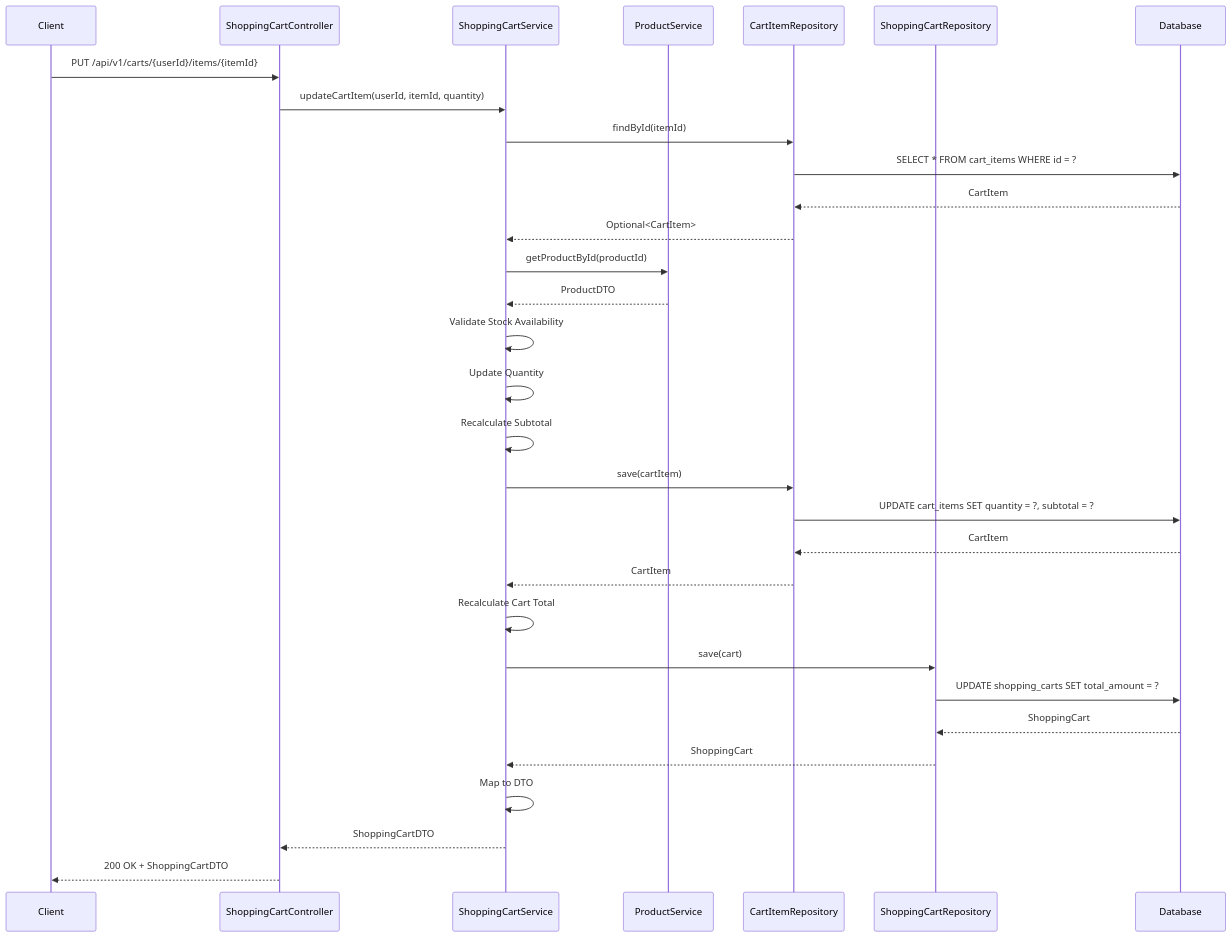
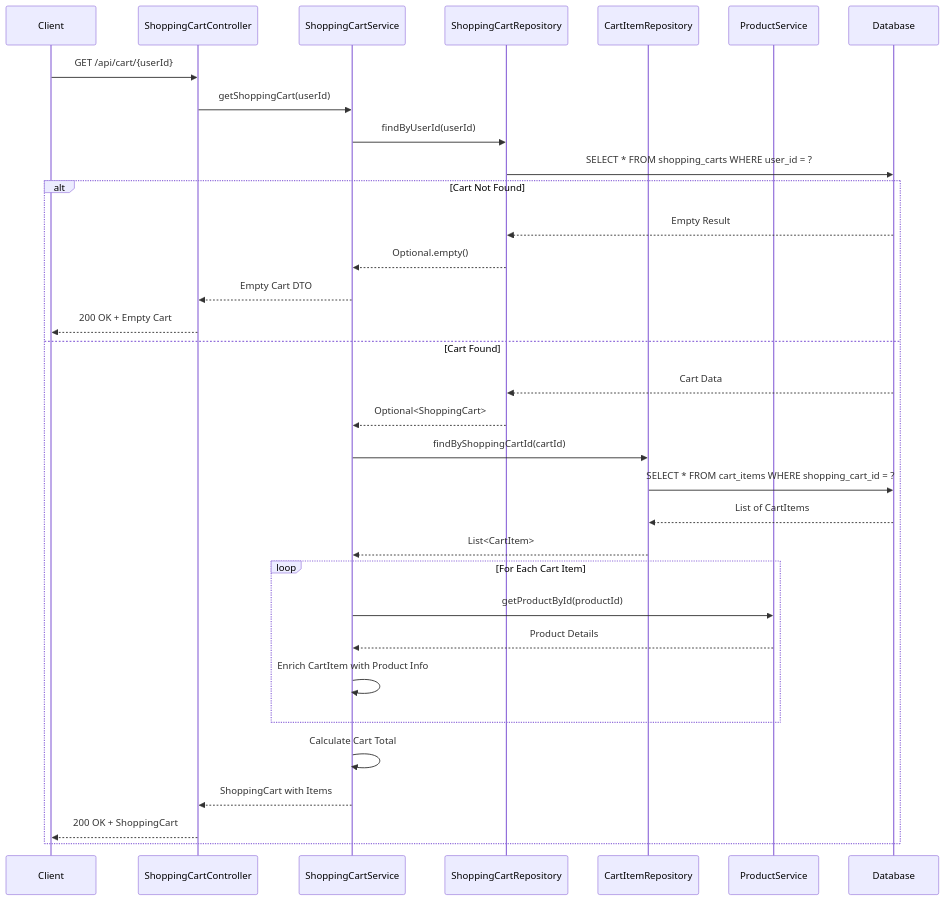
Before and after one commit to NavneetBN47/aava-ecom-demo: diagram 17 of 26 in docs/LLD/modified_lld.md, drawn with Mermaid. The commit also changed other lines of this file, not shown here.

````diff
--- a/docs/LLD/modified_lld.md
+++ b/docs/LLD/modified_lld.md
@@ -1133,34 +1614,40 @@
 ```mermaid
 sequenceDiagram
     participant Client
-    participant Controller as ShoppingCartController
-    participant CartService as ShoppingCartService
-    participant ProductService as ProductService
-    participant ItemRepo as CartItemRepository
-    participant CartRepo as ShoppingCartRepository
-    participant DB as Database
+    participant ShoppingCartController
+    participant ShoppingCartService
+    participant ShoppingCartRepository
+    participant CartItemRepository
+    participant ProductService
+    participant Database
     
-    Client->>Controller: PUT /api/v1/carts/{userId}/items/{itemId}
-    Controller->>CartService: updateCartItem(userId, itemId, quantity)
-    CartService->>ItemRepo: findById(itemId)
-    ItemRepo->>DB: SELECT * FROM cart_items WHERE id = ?
-    DB-->>ItemRepo: CartItem
-    ItemRepo-->>CartService: Optional<CartItem>
-    CartService->>ProductService: getProductById(productId)
-    ProductService-->>CartService: ProductDTO
-    CartService->>CartService: Validate Stock Availability
-    CartService->>CartService: Update Quantity
-    CartService->>CartService: Recalculate Subtotal
-    CartService->>ItemRepo: save(cartItem)
-    ItemRepo->>DB: UPDATE cart_items SET quantity = ?, subtotal = ?
-    DB-->>ItemRepo: CartItem
-    ItemRepo-->>CartService: CartItem
-    CartService->>CartService: Recalculate Cart Total
-    CartService->>CartRepo: save(cart)
-    CartRepo->>DB: UPDATE shopping_carts SET total_amount = ?
-    DB-->>CartRepo: ShoppingCart
-    CartRepo-->>CartService: ShoppingCart
-    CartService->>CartService: Map to DTO
-    CartService-->>Controller: ShoppingCartDTO
-    Controller-->>Client: 200 OK + ShoppingCartDTO
+    Client->>ShoppingCartController: GET /api/cart/{userId}
+    ShoppingCartController->>ShoppingCartService: getShoppingCart(userId)
+    ShoppingCartService->>ShoppingCartRepository: findByUserId(userId)
+    ShoppingCartRepository->>Database: SELECT * FROM shopping_carts WHERE user_id = ?
+    
+    alt Cart Not Found
+        Database-->>ShoppingCartRepository: Empty Result
+        ShoppingCartRepository-->>ShoppingCartService: Optional.empty()
+        ShoppingCartService-->>ShoppingCartController: Empty Cart DTO
+        ShoppingCartController-->>Client: 200 OK + Empty Cart
+    else Cart Found
+        Database-->>ShoppingCartRepository: Cart Data
+        ShoppingCartRepository-->>ShoppingCartService: Optional<ShoppingCart>
+        
+        ShoppingCartService->>CartItemRepository: findByShoppingCartId(cartId)
+        CartItemRepository->>Database: SELECT * FROM cart_items WHERE shopping_cart_id = ?
+        Database-->>CartItemRepository: List of CartItems
+        CartItemRepository-->>ShoppingCartService: List<CartItem>
+        
+        loop For Each Cart Item
+            ShoppingCartService->>ProductService: getProductById(productId)
+            ProductService-->>ShoppingCartService: Product Details
+            ShoppingCartService->>ShoppingCartService: Enrich CartItem with Product Info
+        end
+        
+        ShoppingCartService->>ShoppingCartService: Calculate Cart Total
+        ShoppingCartService-->>ShoppingCartController: ShoppingCart with Items
+        ShoppingCartController-->>Client: 200 OK + ShoppingCart
+    end
 ```
````
